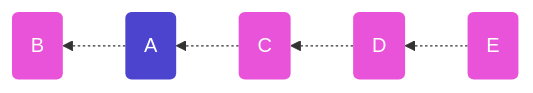
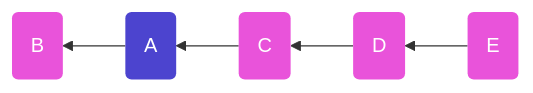
The fourth of 7 diagrams in 009.md (ssbc/sips), drawn with Mermaid before and after one commit. The commit also changed other lines of this file, not shown here.

````diff
--- a/009.md
+++ b/009.md
@@ -205,10 +205,10 @@
 ```mermaid
 flowchart RL
 A(A):::root;B(B);E(E);C(C);D(D);
 
-E-.->D-.->C-.->A-.->B
+E-->D-->C-->A-->B
 
 %% styling
 classDef default fill: #e953da, stroke-width: 0, color: white
 classDef root fill: #4c44cf, stroke-width: 0, color: white
 ```
````
